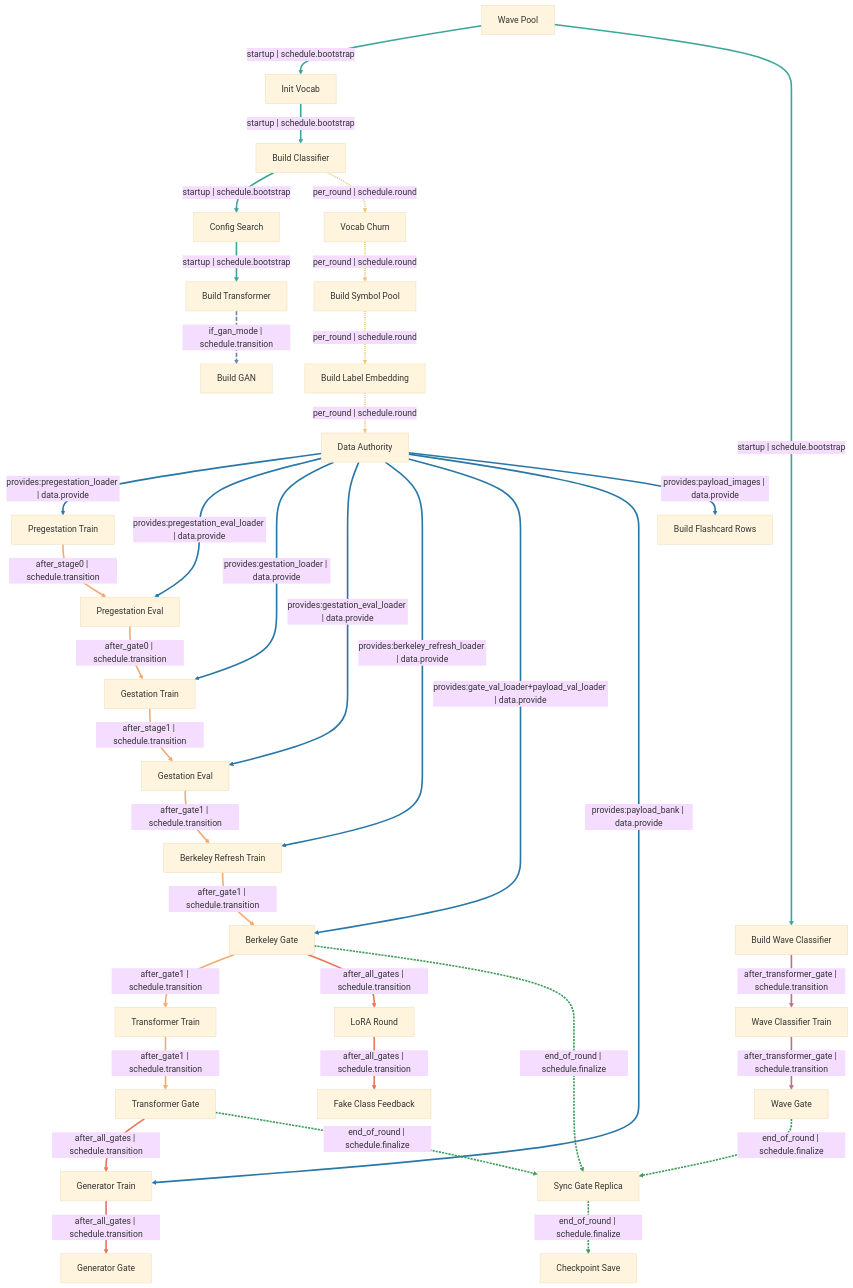
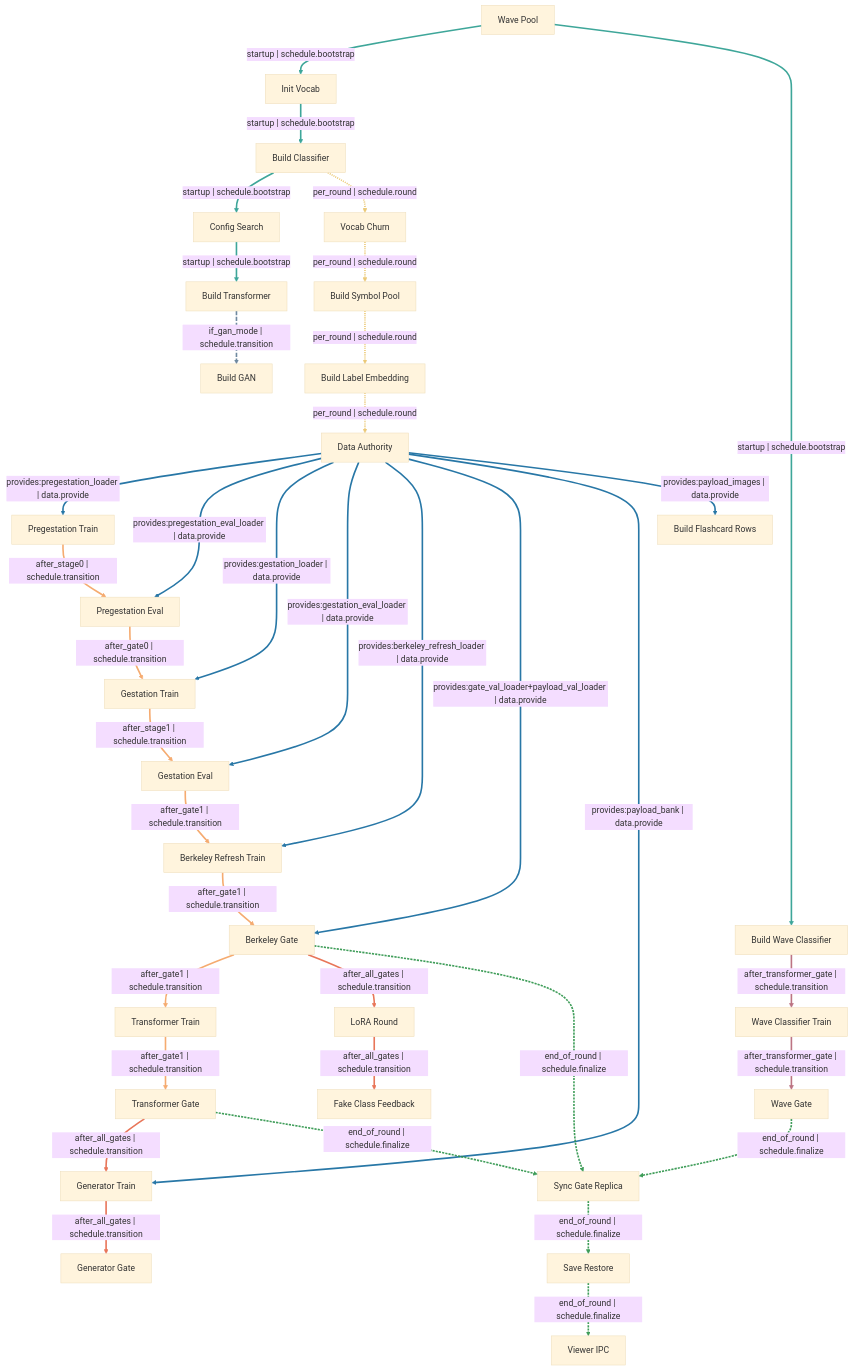
Before and after one commit to sangderenard/meta-nn: the fourth of 13 diagrams in README.md, drawn with Mermaid. The commit also changed other lines of this file and 75 other files, not shown here.

````diff
--- a/README.md
+++ b/README.md
@@ -546,7 +580,8 @@
     gate_generator["Generator Gate"]
     gate_wave["Wave Gate"]
     sync_gate_replica["Sync Gate Replica"]
-    checkpoint_save["Checkpoint Save"]
+    checkpoint_save["Save Restore"]
+    viewer_ipc["Viewer IPC"]
 
     wave_pool -- "startup | schedule.bootstrap" --> init_vocab
     init_vocab -- "startup | schedule.bootstrap" --> build_classifier
@@ -583,6 +618,7 @@
     gate_transformer -- "end_of_round | schedule.finalize" --> sync_gate_replica
     gate_berkeley -- "end_of_round | schedule.finalize" --> sync_gate_replica
     sync_gate_replica -- "end_of_round | schedule.finalize" --> checkpoint_save
+    checkpoint_save -- "end_of_round | schedule.finalize" --> viewer_ipc
 
     linkStyle 0 stroke:#2A9D8F,stroke-width:3px,opacity:0.9,stroke-dasharray:0;
     linkStyle 1 stroke:#2A9D8F,stroke-width:3px,opacity:0.9,stroke-dasharray:0;
@@ -619,4 +655,5 @@
     linkStyle 32 stroke:#2B9348,stroke-width:3px,opacity:0.9,stroke-dasharray:4 2;
     linkStyle 33 stroke:#2B9348,stroke-width:3px,opacity:0.9,stroke-dasharray:4 2;
     linkStyle 34 stroke:#2B9348,stroke-width:3px,opacity:0.9,stroke-dasharray:4 2;
+    linkStyle 35 stroke:#2B9348,stroke-width:3px,opacity:0.9,stroke-dasharray:4 2;
 ```
````
